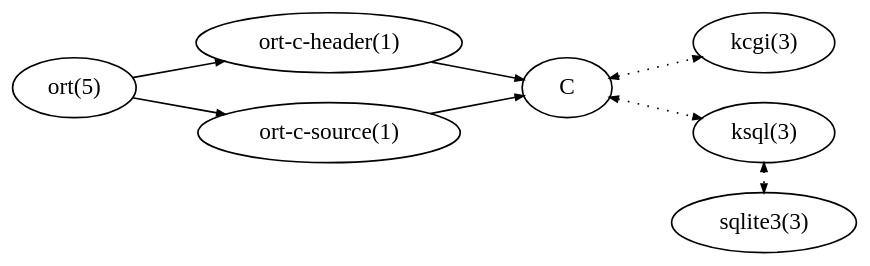
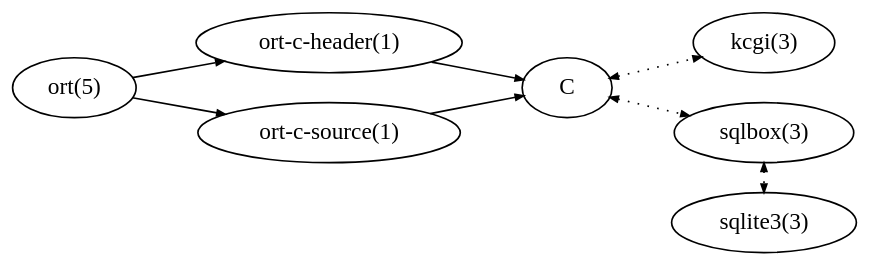
Before and after one commit to kristapsdz/openradtool: the diagram in index-fig2.dot, drawn with Graphviz. The commit also changed 4 other files, not shown here.

Commit message:
Change www files to reflect sqlbox dep instead of ksql.

```diff
--- a/index-fig2.dot
+++ b/index-fig2.dot
@@ -1,25 +1,25 @@
 
 digraph {
 	edge [arrowsize="0.5";];
 	bgcolor="transparent";
 	rankdir="LR";
 
 	cfg[label="ort(5)"];
 
 	bin1[label="ort-c-header(1)"];
 	bin2[label="ort-c-source(1)"];
 
 	kcgi[label="kcgi(3)"];
-	ksql[label="ksql(3)"];
+	sqlbox[label="sqlbox(3)"];
 	sqlite[label="sqlite3(3)"];
 	src[label="C"];
 
 	cfg -> bin1 -> src;
 	cfg -> bin2 -> src;
 
-	{ rank=same; ksql; kcgi; sqlite; }
+	{ rank=same; sqlbox; kcgi; sqlite; }
 
-	src -> ksql[dir="both"; style="dotted"];
+	src -> sqlbox[dir="both"; style="dotted"];
 	src -> kcgi[dir="both"; style="dotted"];
-	ksql -> sqlite[dir="both"; style="dotted"];
+	sqlbox -> sqlite[dir="both"; style="dotted"];
 }
```
